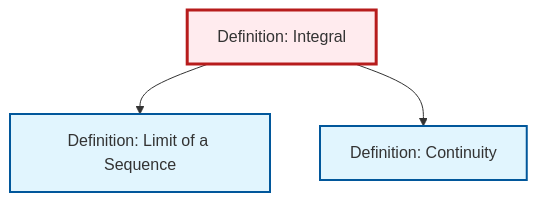
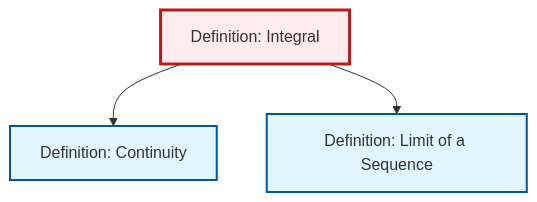
One commit to RK0429/ModernMath changed the diagram in content/en/analysis/def-integral.qmd. Above: the diagram before and after it, drawn with Mermaid. The commit also changed other lines of this file and 615 other files, not shown here.

````diff
--- a/content/en/analysis/def-integral.qmd
+++ b/content/en/analysis/def-integral.qmd
@@ -79,17 +79,17 @@
 ```{mermaid}
 %%| fig-cap: "Local dependency graph"
 graph TD
     classDef definition fill:#e1f5fe,stroke:#01579b,stroke-width:2px
     classDef theorem fill:#f3e5f5,stroke:#4a148c,stroke-width:2px
     classDef axiom fill:#fff3e0,stroke:#e65100,stroke-width:2px
     classDef example fill:#e8f5e9,stroke:#1b5e20,stroke-width:2px
     classDef current fill:#ffebee,stroke:#b71c1c,stroke-width:3px
-    def-limit["Definition: Limit of a Sequence"]:::definition
     def-continuity["Definition: Continuity"]:::definition
     def-integral["Definition: Integral"]:::definition
+    def-limit["Definition: Limit of a Sequence"]:::definition
+    def-integral --> def-continuity
     def-integral --> def-limit
-    def-integral --> def-continuity
     class def-integral current
+    click def-continuity "def-continuity.html" "Go to Continuity definition"
     click def-limit "def-limit.html" "Go to Limit of a Sequence definition"
-    click def-continuity "def-continuity.html" "Go to Continuity definition"
 ```
````
